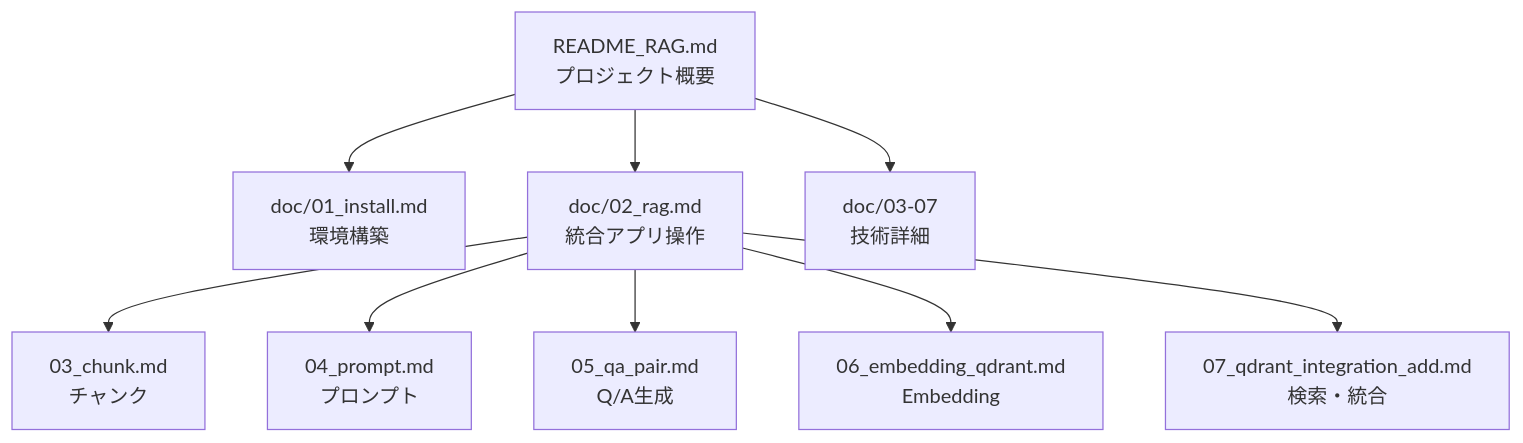
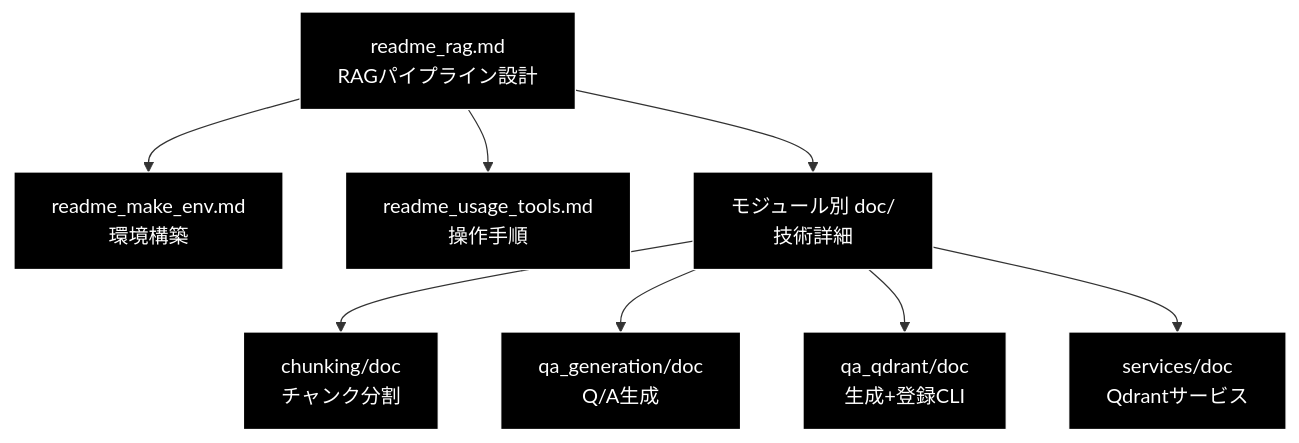
One commit to nakashima2toshio/openai_grace_agent changed the fourth of 5 diagrams in readme_rag.md. Above: the diagram before and after it, drawn with Mermaid. The commit also changed other lines of this file and 4 other files, not shown here.

````diff
--- a/readme_rag.md
+++ b/readme_rag.md
@@ -1182,14 +1279,16 @@
 ```mermaid
 flowchart TB
-    README["README_RAG.md<br/>プロジェクト概要"]
+    README["readme_rag.md<br/>RAGパイプライン設計"]
 
-    README --> D1["doc/01_install.md<br/>環境構築"]
-    README --> D2["doc/02_rag.md<br/>統合アプリ操作"]
-    README --> D3["doc/03-07<br/>技術詳細"]
+    README --> D1["readme_make_env.md<br/>環境構築"]
+    README --> D2["readme_usage_tools.md<br/>操作手順"]
+    README --> D3["モジュール別 doc/<br/>技術詳細"]
 
-    D2 --> D3_1["03_chunk.md<br/>チャンク"]
-    D2 --> D3_2["04_prompt.md<br/>プロンプト"]
-    D2 --> D3_3["05_qa_pair.md<br/>Q/A生成"]
-    D2 --> D3_4["06_embedding_qdrant.md<br/>Embedding"]
-    D2 --> D3_5["07_qdrant_integration_add.md<br/>検索・統合"]
+    D3 --> D3_1["chunking/doc<br/>チャンク分割"]
+    D3 --> D3_2["qa_generation/doc<br/>Q/A生成"]
+    D3 --> D3_3["qa_qdrant/doc<br/>生成+登録CLI"]
+    D3 --> D3_4["services/doc<br/>Qdrantサービス"]
+classDef default fill:#000,stroke:#fff,color:#fff
+classDef subgraphStyle fill:#1a1a1a,stroke:#fff,color:#fff
+class README,D1,D2,D3,D3_1,D3_2,D3_3,D3_4 default
 ```
````
